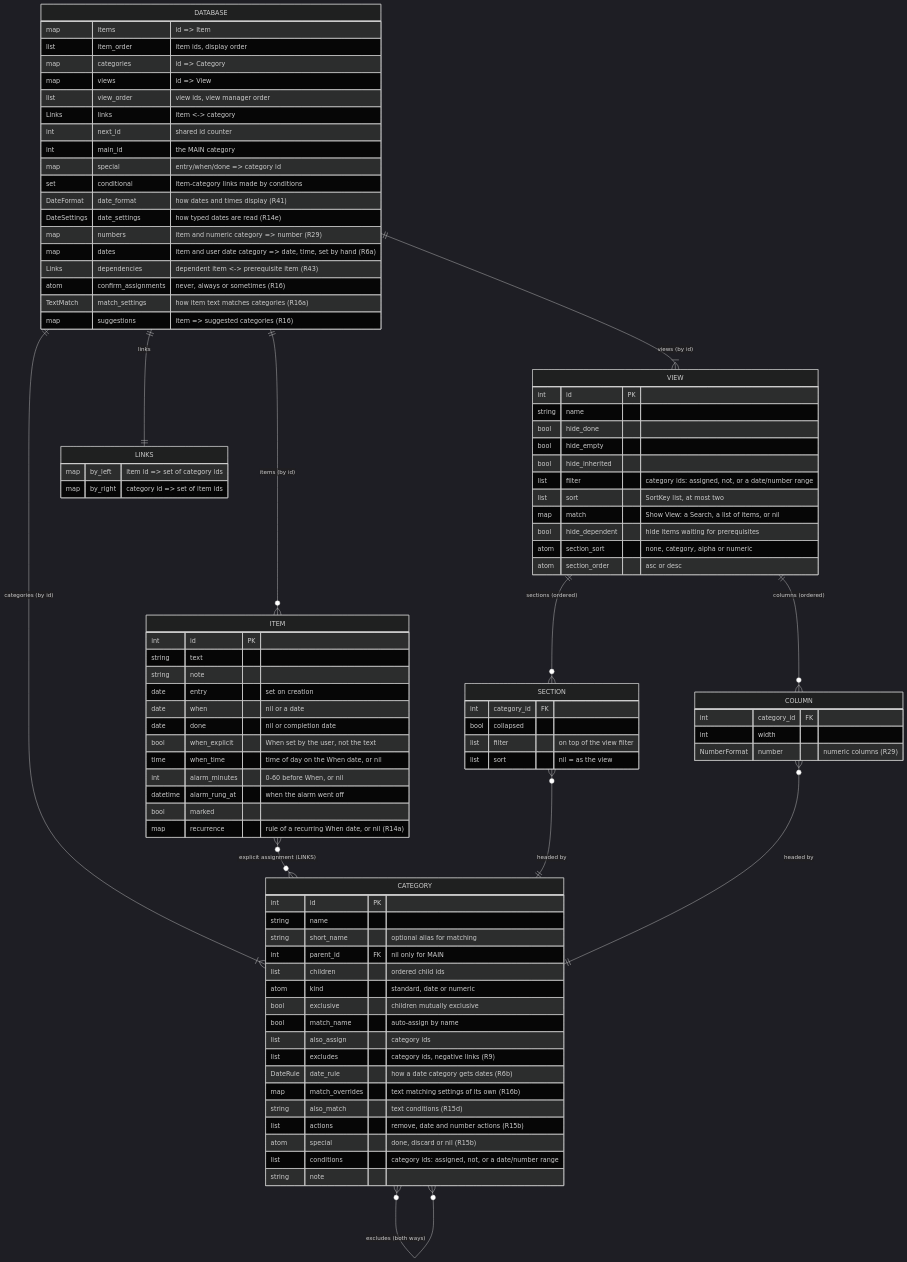
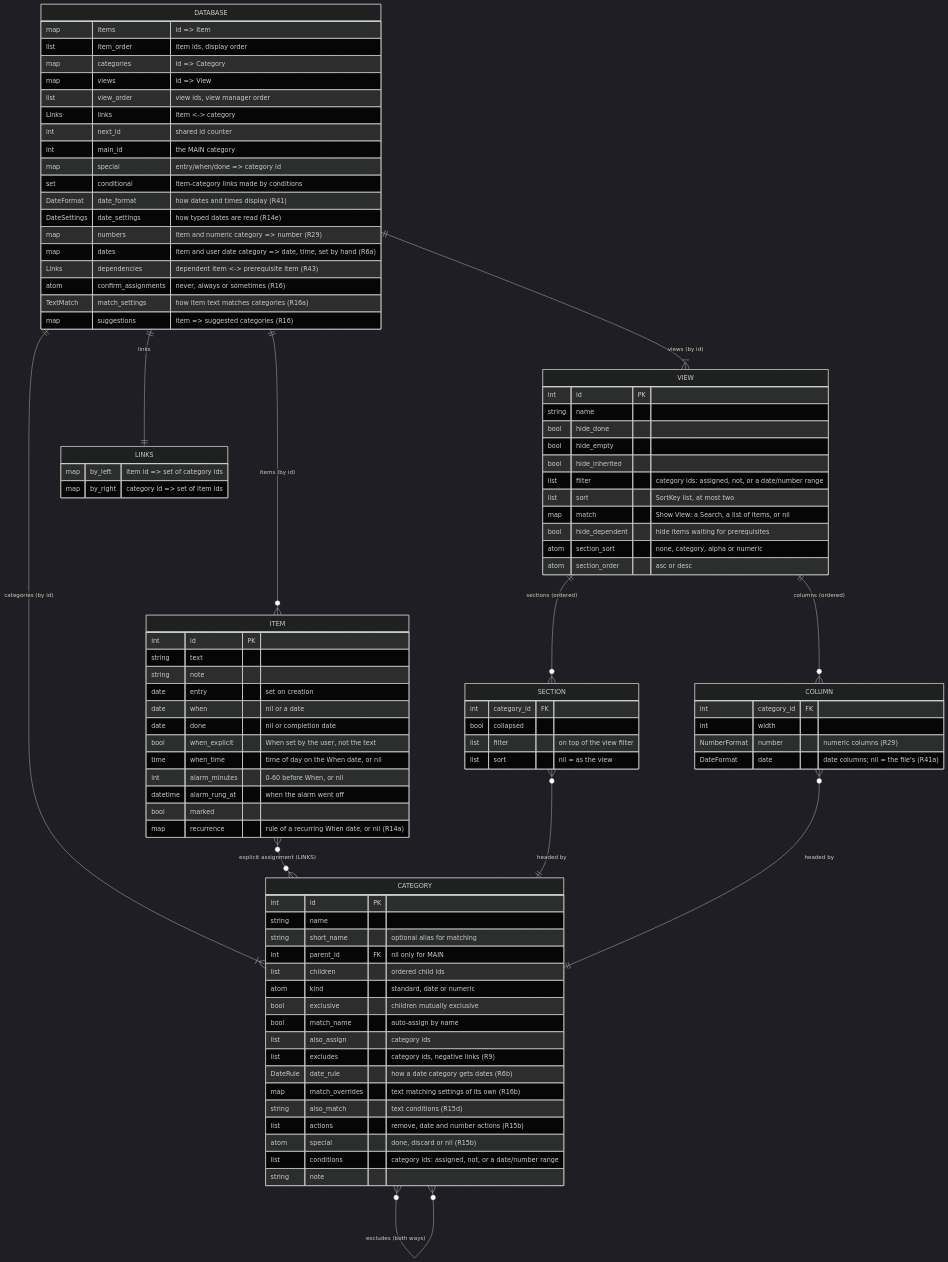
Before and after one commit to jamting/agendum: the first of 6 diagrams in docs/DATA_MODEL.md, drawn with Mermaid (dark theme). The commit also changed other lines of this file and 21 other files, not shown here.

```diff
--- a/docs/DATA_MODEL.md
+++ b/docs/DATA_MODEL.md
@@ -100,6 +100,7 @@
         int category_id FK
         int width
         NumberFormat number "numeric columns (R29)"
+        DateFormat date "date columns; nil = the file's (R41a)"
     }
     LINKS {
         map by_left "item id => set of category ids"
```
